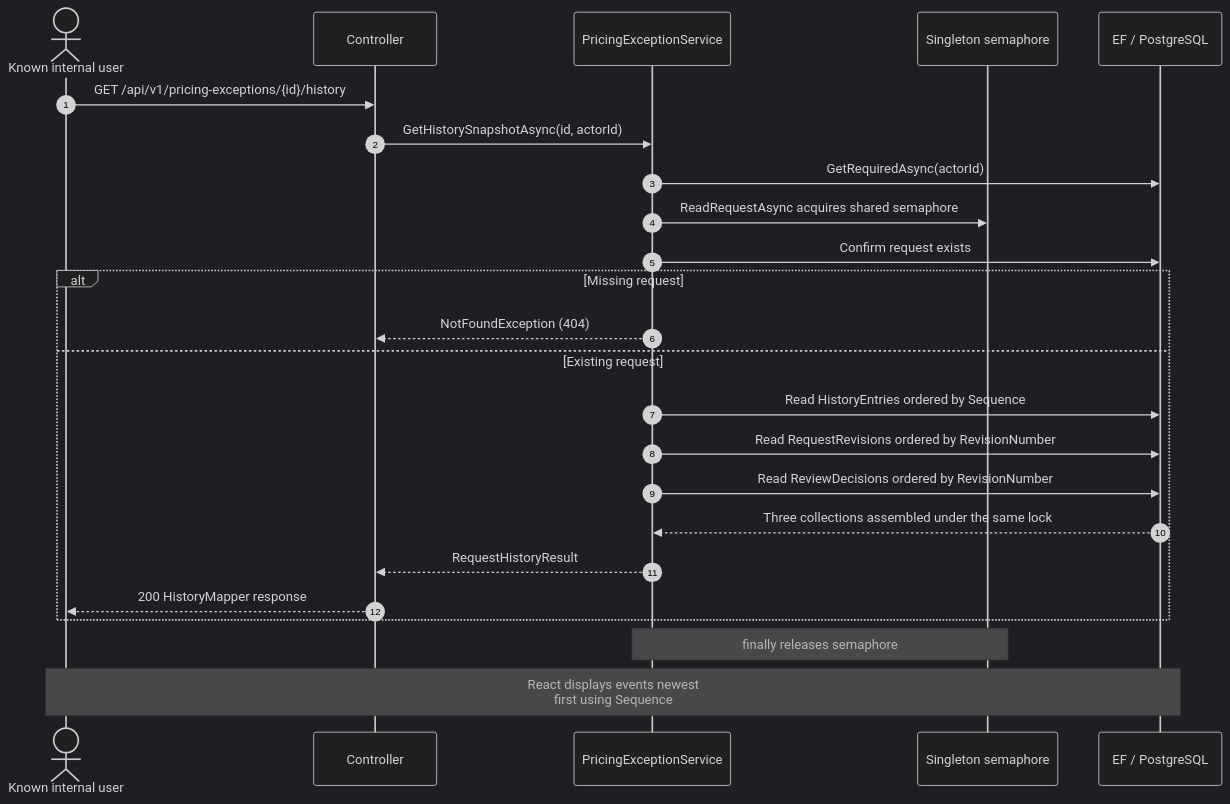
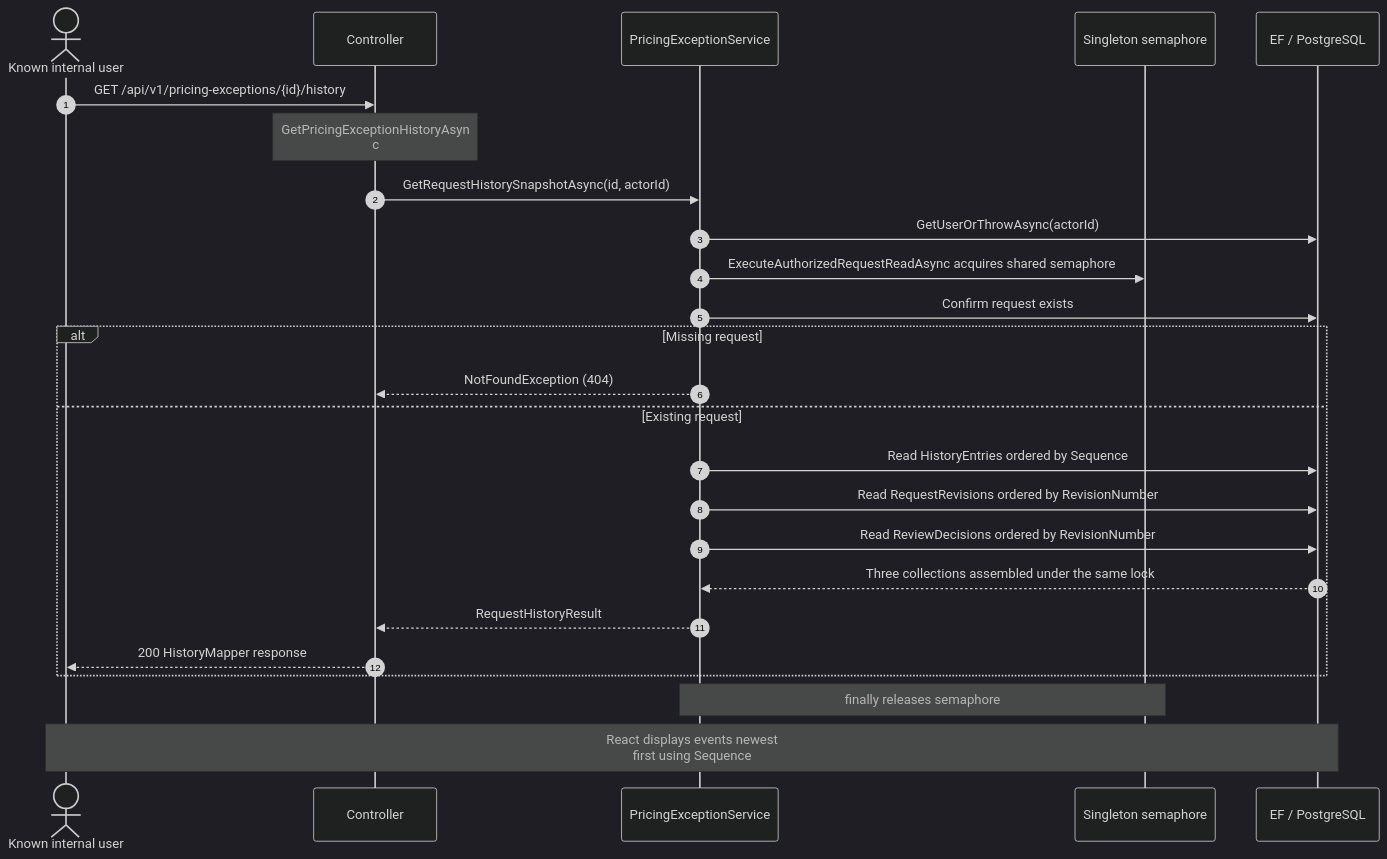
One commit to FerdinandGang4/Mortgage-pricing-exception-requests-Application changed the diagram in Backend/BlueHarvest.PricingExceptions/docs/CurrentImplementation/diagrams/07-read-history.mmd. Above: the diagram before and after it, drawn with Mermaid (dark theme). The commit also changed 128 other files, not shown here.

```diff
--- a/Backend/BlueHarvest.PricingExceptions/docs/CurrentImplementation/diagrams/07-read-history.mmd
+++ b/Backend/BlueHarvest.PricingExceptions/docs/CurrentImplementation/diagrams/07-read-history.mmd
@@ -1,24 +1,25 @@
 sequenceDiagram
     autonumber
     actor U as Known internal user
     participant C as Controller
     participant S as PricingExceptionService
     participant L as Singleton semaphore
     participant D as EF / PostgreSQL
     U->>C: GET /api/v1/pricing-exceptions/{id}/history
-    C->>S: GetHistorySnapshotAsync(id, actorId)
-    S->>D: GetRequiredAsync(actorId)
-    S->>L: ReadRequestAsync acquires shared semaphore
+    Note over C: GetPricingExceptionHistoryAsyn<br/>c
+    C->>S: GetRequestHistorySnapshotAsync(id, actorId)
+    S->>D: GetUserOrThrowAsync(actorId)
+    S->>L: ExecuteAuthorizedRequestReadAsync acquires shared semaphore
     S->>D: Confirm request exists
     alt Missing request
         S-->>C: NotFoundException (404)
     else Existing request
         S->>D: Read HistoryEntries ordered by Sequence
         S->>D: Read RequestRevisions ordered by RevisionNumber
         S->>D: Read ReviewDecisions ordered by RevisionNumber
         D-->>S: Three collections assembled under the same lock
         S-->>C: RequestHistoryResult
         C-->>U: 200 HistoryMapper response
     end
     Note over S,L: finally releases semaphore
     Note over U,D: React displays events newest<br/>first using Sequence
```
